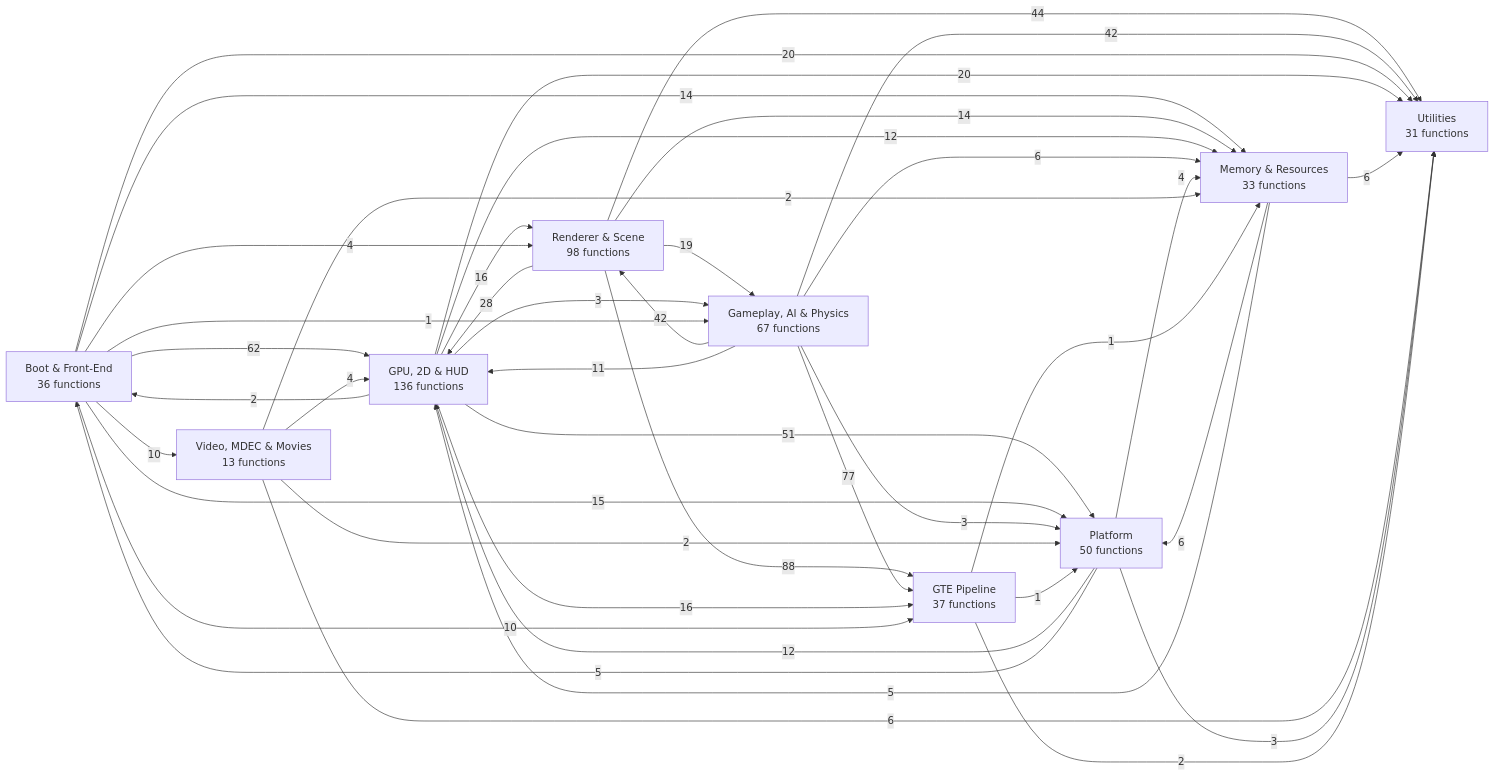
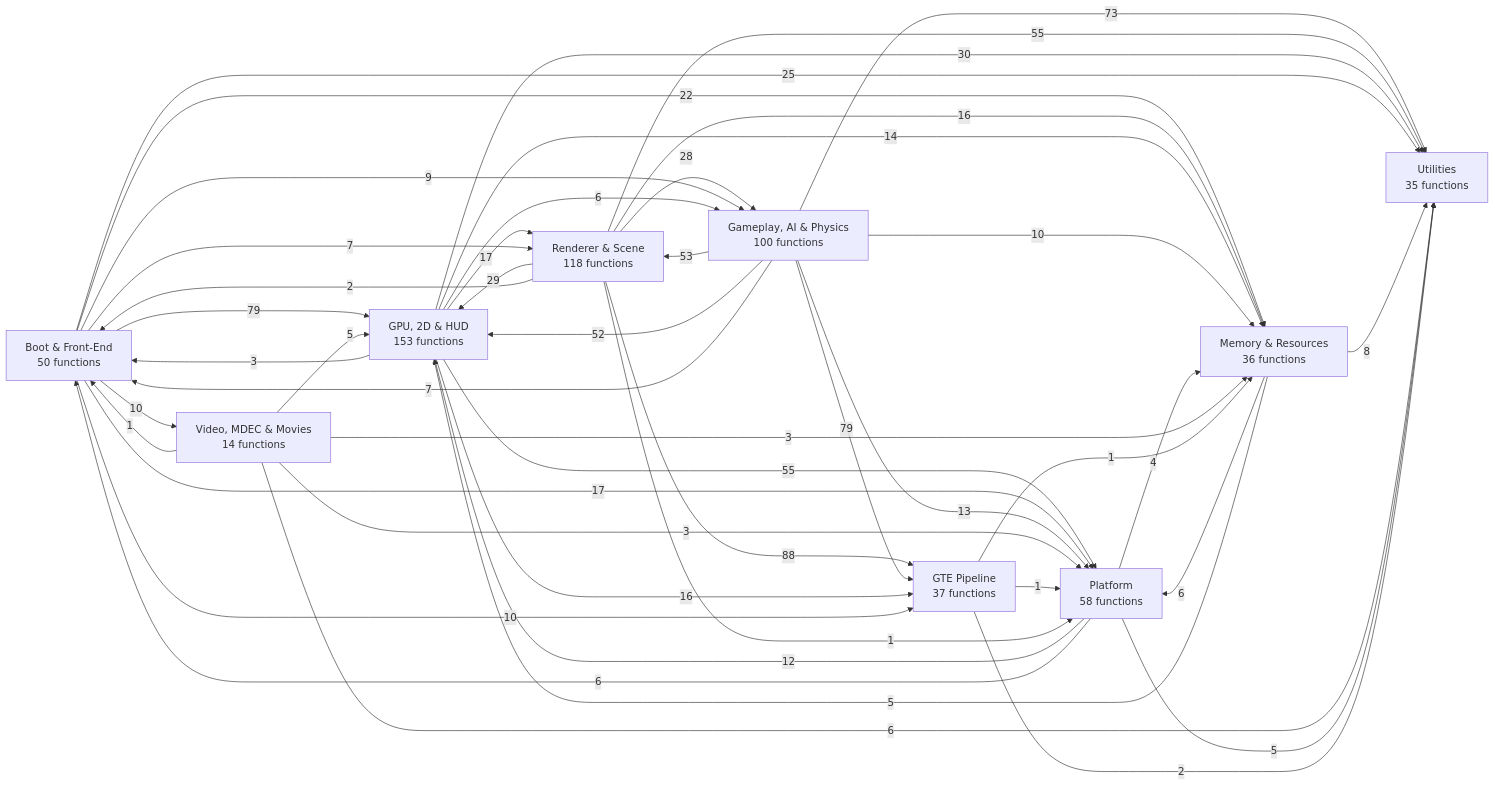
The first of 11 diagrams in docs/FUNCTION_MAP.md (kai-luni/Future-Cop-L.A.P.D-PS1), drawn with Mermaid before and after one commit. The commit also changed other lines of this file, not shown here.

````diff
--- a/docs/FUNCTION_MAP.md
+++ b/docs/FUNCTION_MAP.md
@@ -13,52 +13,56 @@
 ```mermaid
 graph LR
-    g0["Boot & Front-End<br/>36 functions"]
-    g1["Memory & Resources<br/>33 functions"]
-    g2["Video, MDEC & Movies<br/>13 functions"]
+    g0["Boot & Front-End<br/>50 functions"]
+    g1["Memory & Resources<br/>36 functions"]
+    g2["Video, MDEC & Movies<br/>14 functions"]
     g3["GTE Pipeline<br/>37 functions"]
-    g4["Renderer & Scene<br/>98 functions"]
-    g5["GPU, 2D & HUD<br/>136 functions"]
-    g6["Gameplay, AI & Physics<br/>67 functions"]
-    g7["Platform<br/>50 functions"]
-    g8["Utilities<br/>31 functions"]
+    g4["Renderer & Scene<br/>118 functions"]
+    g5["GPU, 2D & HUD<br/>153 functions"]
+    g6["Gameplay, AI & Physics<br/>100 functions"]
+    g7["Platform<br/>58 functions"]
+    g8["Utilities<br/>35 functions"]
     g4 -->|88| g3
-    g6 -->|77| g3
-    g0 -->|62| g5
-    g5 -->|51| g7
-    g4 -->|44| g8
-    g6 -->|42| g4
-    g6 -->|42| g8
-    g4 -->|28| g5
-    g0 -->|20| g8
-    g5 -->|20| g8
-    g4 -->|19| g6
+    g0 -->|79| g5
+    g6 -->|79| g3
+    g6 -->|73| g8
+    g5 -->|55| g7
+    g4 -->|55| g8
+    g6 -->|53| g4
+    g6 -->|52| g5
+    g5 -->|30| g8
+    g4 -->|29| g5
+    g4 -->|28| g6
+    g0 -->|25| g8
+    g0 -->|22| g1
+    g0 -->|17| g7
+    g5 -->|17| g4
     g5 -->|16| g3
-    g5 -->|16| g4
-    g0 -->|15| g7
-    g0 -->|14| g1
-    g4 -->|14| g1
-    g5 -->|12| g1
+    g4 -->|16| g1
+    g5 -->|14| g1
+    g6 -->|13| g7
     g7 -->|12| g5
-    g6 -->|11| g5
     g0 -->|10| g3
     g0 -->|10| g2
-    g6 -->|6| g1
+    g6 -->|10| g1
+    g0 -->|9| g6
+    g1 -->|8| g8
+    g0 -->|7| g4
+    g6 -->|7| g0
+    g5 -->|6| g6
     g1 -->|6| g7
-    g1 -->|6| g8
+    g7 -->|6| g0
     g2 -->|6| g8
     g1 -->|5| g5
-    g7 -->|5| g0
-    g0 -->|4| g4
+    g7 -->|5| g8
+    g2 -->|5| g5
     g7 -->|4| g1
-    g2 -->|4| g5
-    g5 -->|3| g6
-    g6 -->|3| g7
-    g7 -->|3| g8
-    g5 -->|2| g0
+    g5 -->|3| g0
+    g2 -->|3| g1
+    g2 -->|3| g7
     g3 -->|2| g8
-    g2 -->|2| g1
-    g2 -->|2| g7
-    g0 -->|1| g6
+    g4 -->|2| g0
     g3 -->|1| g1
     g3 -->|1| g7
+    g4 -->|1| g7
+    g2 -->|1| g0
 ```
````
